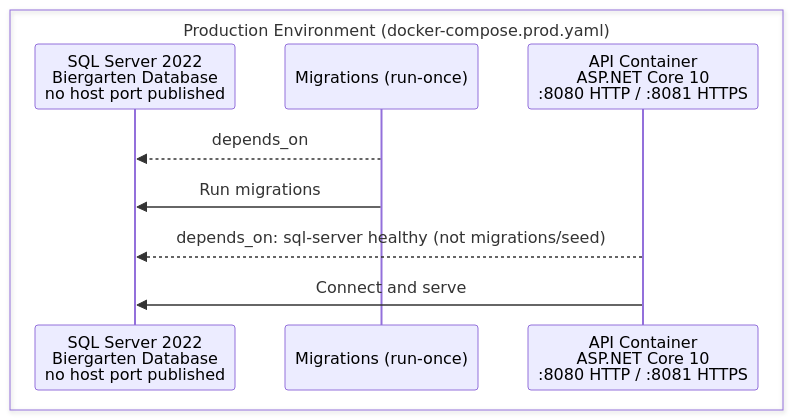
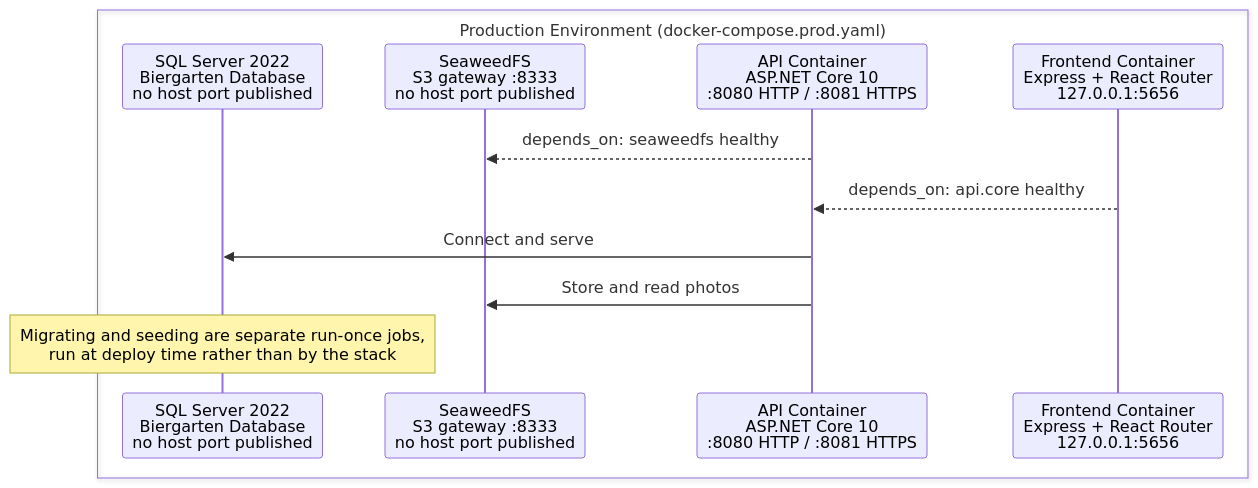
Before and after one commit to aaronpo97/the-biergarten-app: the diagram in docs/web/diagrams/deployment/prod.mmd, drawn with Mermaid. The commit also changed 10 other files, not shown here.

```diff
--- a/docs/web/diagrams/deployment/prod.mmd
+++ b/docs/web/diagrams/deployment/prod.mmd
@@ -1,11 +1,13 @@
 sequenceDiagram
     box Production Environment (docker-compose.prod.yaml)
     participant ProdDB as SQL Server 2022<br/>Biergarten Database<br/>no host port published
-    participant ProdMig as Migrations (run-once)
+    participant ProdS3 as SeaweedFS<br/>S3 gateway :8333<br/>no host port published
     participant ProdAPI as API Container<br/>ASP.NET Core 10<br/>:8080 HTTP / :8081 HTTPS
+    participant ProdWeb as Frontend Container<br/>Express + React Router<br/>127.0.0.1:5656
     end
 
-    ProdMig-->>ProdDB: depends_on
-    ProdMig->>ProdDB: Run migrations
-    ProdAPI-->>ProdDB: depends_on: sql-server healthy (not migrations/seed)
+    ProdAPI-->>ProdS3: depends_on: seaweedfs healthy
+    ProdWeb-->>ProdAPI: depends_on: api.core healthy
     ProdAPI->>ProdDB: Connect and serve
+    ProdAPI->>ProdS3: Store and read photos
+    Note over ProdDB: Migrating and seeding are separate run-once jobs,<br/>run at deploy time rather than by the stack
```
